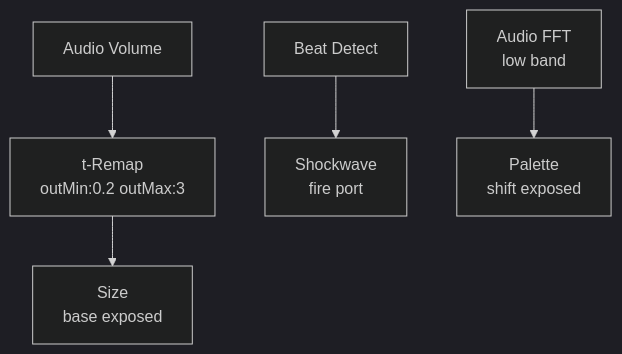
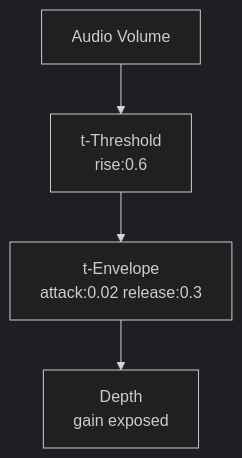
Before and after one commit to AristidesAI/Points: the second of 3 diagrams in docs/integrations.md, drawn with Mermaid (dark theme). The commit also changed other lines of this file and 127 other files, not shown here.

````diff
--- a/docs/integrations.md
+++ b/docs/integrations.md
@@ -169,7 +67,6 @@
 ```mermaid
 graph TD
-    VOL[Audio Volume] --> REMAP[t-Remap<br/>outMin:0.2 outMax:3]
-    REMAP --> SIZE[Size<br/>base exposed]
-    BEAT[Beat Detect] --> SW[Shockwave<br/>fire port]
-    FFT[Audio FFT<br/>low band] --> PAL[Palette<br/>shift exposed]
+    volume[Audio Volume] --> thresh[t-Threshold<br/>rise:0.6]
+    thresh --> env[t-Envelope<br/>attack:0.02 release:0.3]
+    env --> depth[Depth<br/>gain exposed]
 ```
````
